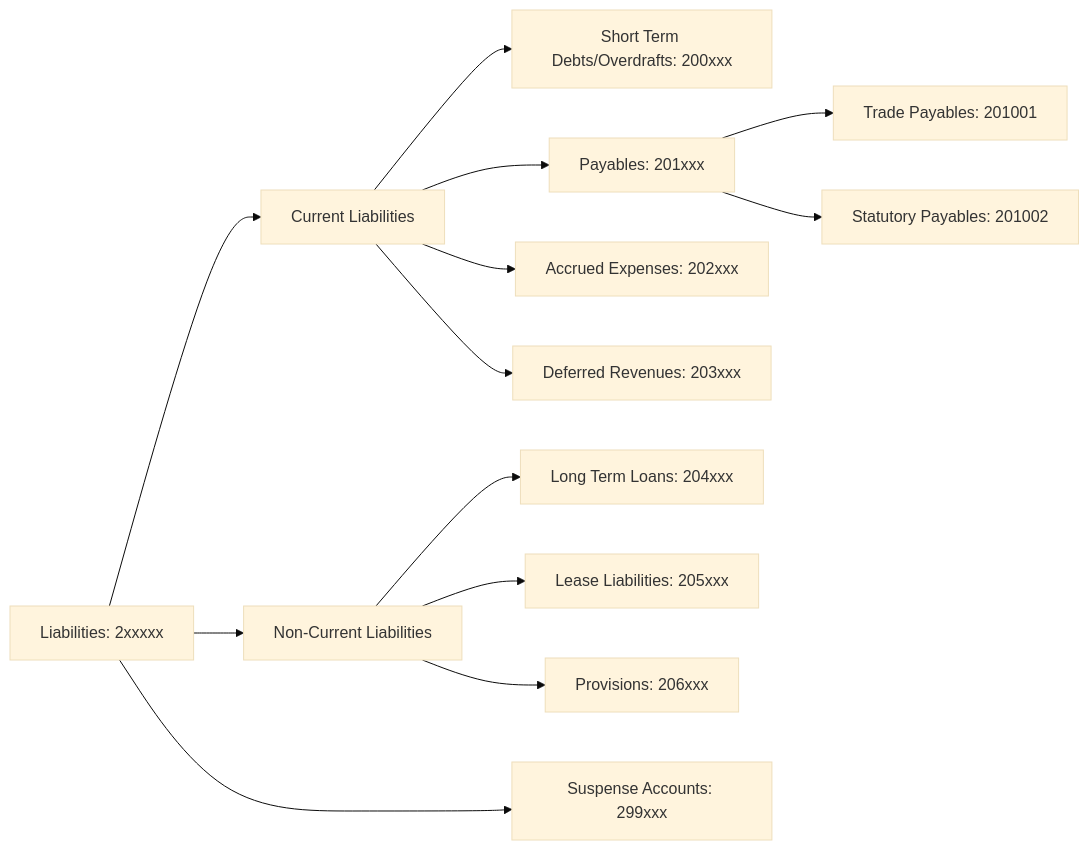
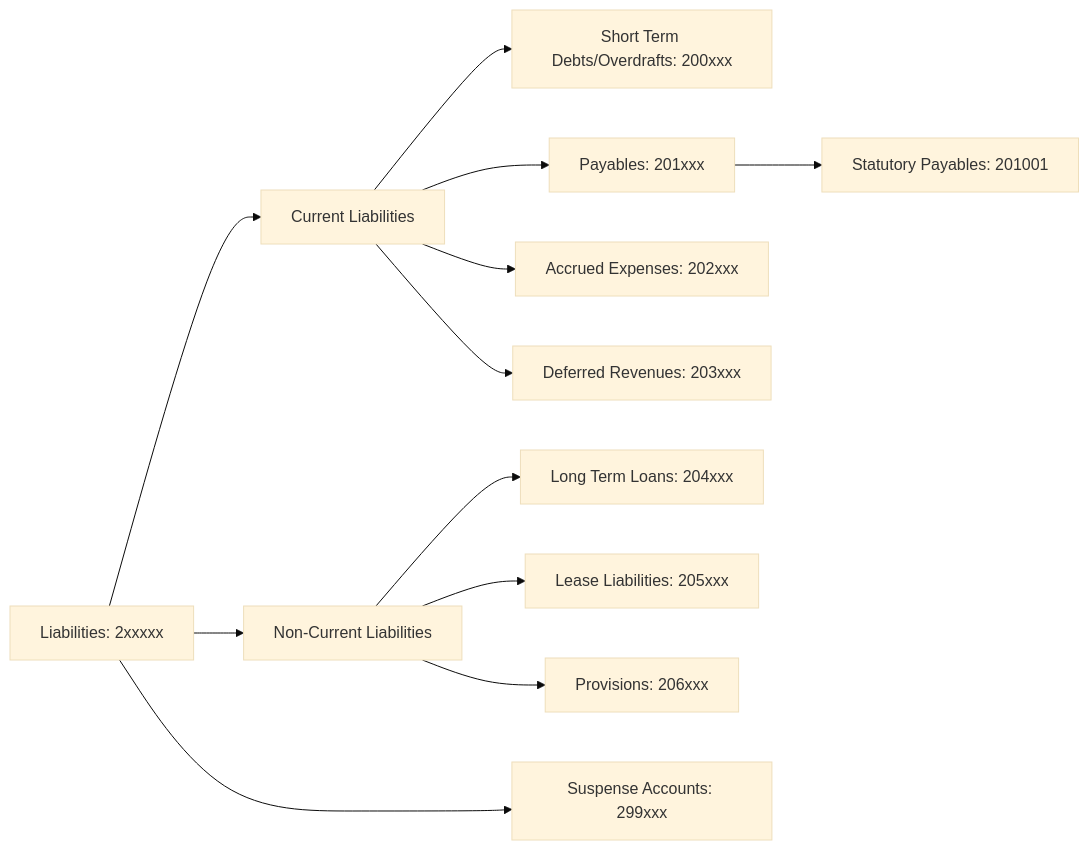
One commit to oosahon/ledgernova-core changed the diagram in src/domain/accounting/__doc__/assets/coa-liabilities.mermaid. Above: the diagram before and after it, drawn with Mermaid (base theme). The commit also changed 40 other files, not shown here.

```diff
--- a/src/domain/accounting/__doc__/assets/coa-liabilities.mermaid
+++ b/src/domain/accounting/__doc__/assets/coa-liabilities.mermaid
@@ -1,22 +1,21 @@
 flowchart LR
     Liabilities["Liabilities: 2xxxxx"]
 
     Liabilities --> CLiabilities & NCLiabilities & SuspenseAccounts
 
  
     CLiabilities["Current Liabilities"]
         CLiabilities --> ShortTermDebts["Short Term Debts/Overdrafts: 200xxx"]
         CLiabilities --> Payables["Payables: 201xxx"]
-            Payables --> TradePayables["Trade Payables: 201001"]
-            Payables --> StatutoryPayables["Statutory Payables: 201002"]
+            Payables --> StatutoryPayables["Statutory Payables: 201001"]
         CLiabilities --> Accruals["Accrued Expenses: 202xxx"]
         CLiabilities --> DeferredRevenues["Deferred Revenues: 203xxx"]
 
     NCLiabilities["Non-Current Liabilities"]
         NCLiabilities --> LongTermLoan["Long Term Loans: 204xxx"]
         NCLiabilities --> LeaseLiabilities["Lease Liabilities: 205xxx"]
         NCLiabilities --> Provisions["Provisions: 206xxx"]
 
 
     %% For positioning
     NCLiabilities ~~~  SuspenseAccounts["Suspense Accounts: 299xxx"]
```
